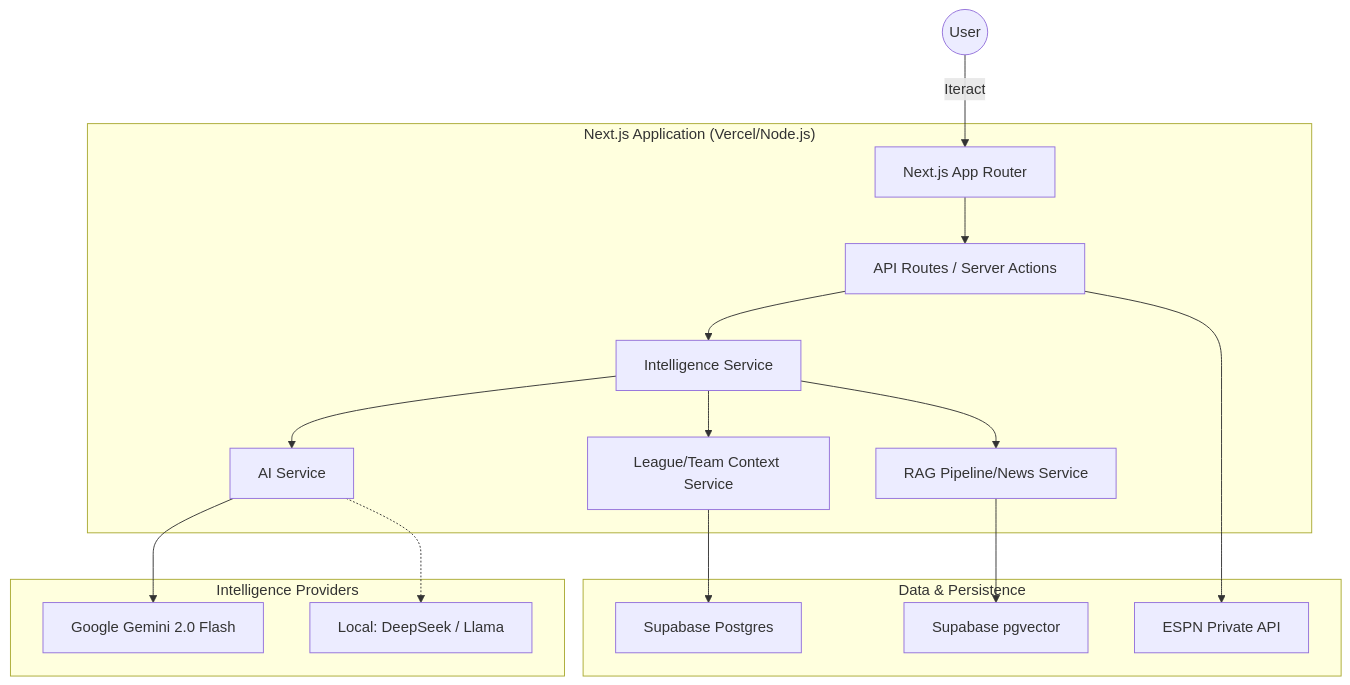
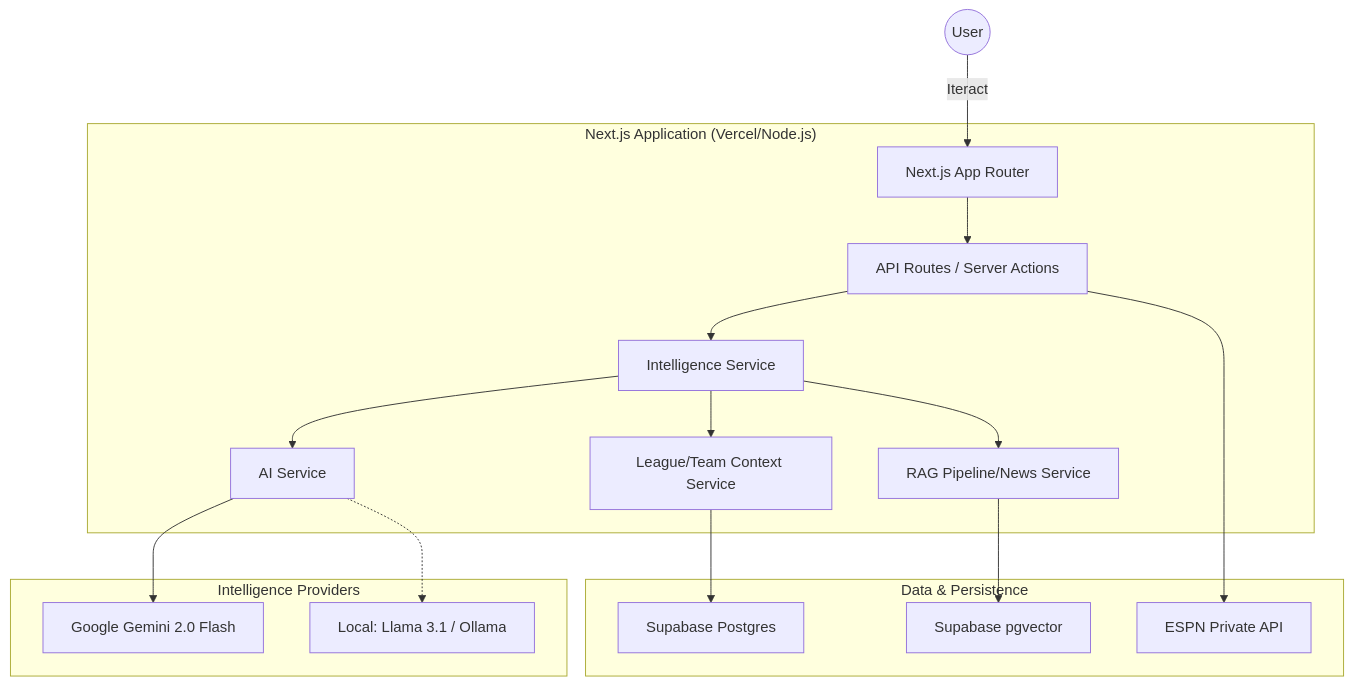
The diagram in docs/technical/Architecture.md (bpolitiadis/fanvise), drawn with Mermaid before and after one commit. The commit also changed 17 other files, not shown here.

````diff
--- a/docs/technical/Architecture.md
+++ b/docs/technical/Architecture.md
@@ -9,23 +9,23 @@
 ```mermaid
 graph TD
     User((User)) -->|Iteract| WebUI[Next.js App Router]
     
     subgraph "Next.js Application (Vercel/Node.js)"
         WebUI --> API[API Routes / Server Actions]
         API --> IntelligenceSvc[Intelligence Service]
         IntelligenceSvc --> Orchestrator[AI Service]
         IntelligenceSvc --> LeagueSvc[League/Team Context Service]
         IntelligenceSvc --> RAG[RAG Pipeline/News Service]
     end
     
     subgraph "Intelligence Providers"
         Orchestrator --> Gemini[Google Gemini 2.0 Flash]
-        Orchestrator -.-> Ollama[Local: DeepSeek / Llama]
+        Orchestrator -.-> Ollama[Local: Llama 3.1 / Ollama]
     end
     
     subgraph "Data & Persistence"
         RAG --> SupabaseVector[Supabase pgvector]
         LeagueSvc --> SupabaseDB[Supabase Postgres]
         API --> ESPN[ESPN Private API]
     end
 ```
````
